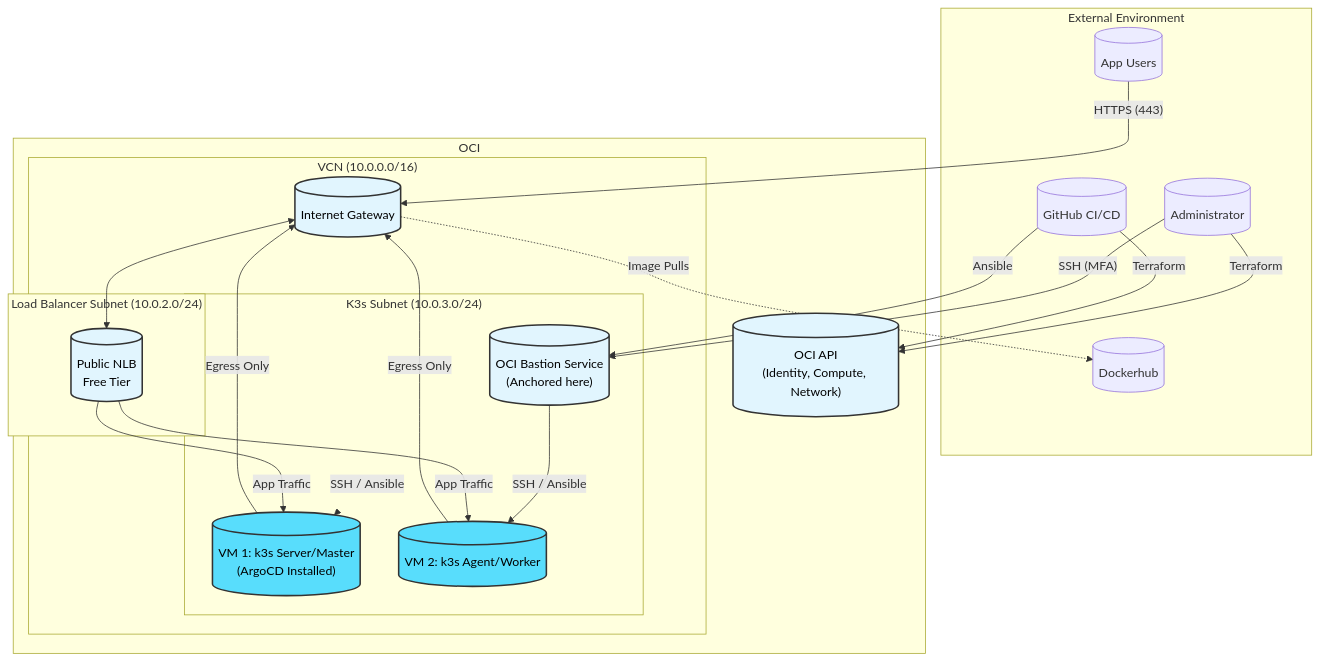
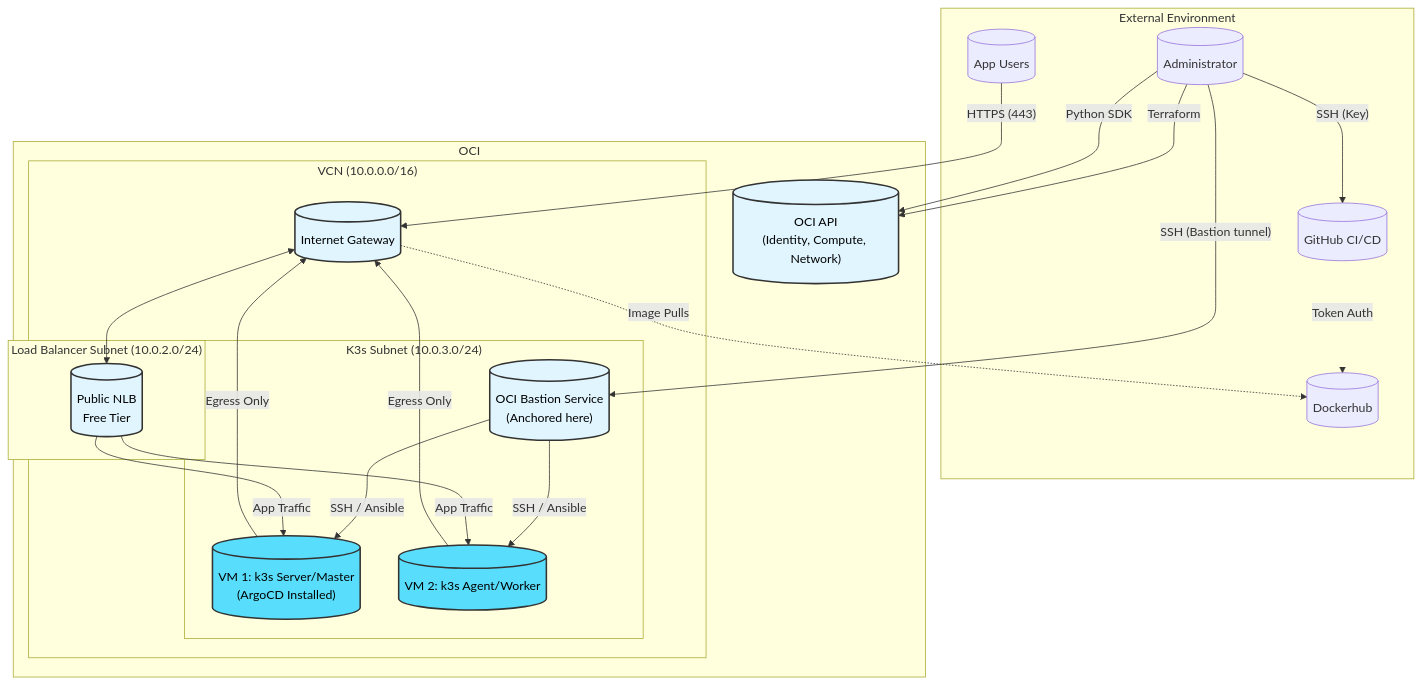
Before and after one commit to VilleJuhan1/Fullstack-websovelluskehitys-osa14-projekti: the diagram in Infrastructure/readme.md, drawn with Mermaid. The commit also changed other lines of this file, not shown here.

````diff
--- a/Infrastructure/readme.md
+++ b/Infrastructure/readme.md
@@ -9,73 +9,74 @@
 ```mermaid
 %%{init: {
   "flowchart": {
     "ranksep": 80,
     "nodesep": 100,
     "curve": "basis"
   }
 }}%%
 graph TD
     %% 1. External Environment (Top)
     subgraph "External Environment"
         Users[("App Users")]
         CI[("GitHub CI/CD")]
         Admin[("Administrator")]
         Dockerhub[("Dockerhub")]
     end
 
     %% 2. OCI Tenancy Hierarchy
     subgraph "OCI"
         OCI-API[("OCI API<br/>(Identity, Compute, Network)")]
         
         subgraph "VCN (10.0.0.0/16)"
             IGW[("Internet Gateway")]
 
             subgraph "Load Balancer Subnet (10.0.2.0/24)"
                 LB[("Public NLB<br/>Free Tier")]
             end
 
             subgraph "K3s Subnet (10.0.3.0/24)"
                 Bastion[("OCI Bastion Service<br/>(Anchored here)")]
                 MasterVM[("VM 1: k3s Server/Master<br/>(ArgoCD Installed)")]
                 AgentVM1[("VM 2: k3s Agent/Worker")]
             end        
         end
     end
 
     %% 3. Force Vertical Stacking (Invisible Link)
     OCI-API
 
     %% 4. Connections (Flowing Downward)
     
     %% Management & Deployment
     Admin -- "Terraform" --> OCI-API
-    Admin -- "SSH (MFA)" --> Bastion
-    CI -- "Terraform" --> OCI-API
-    CI -- "Ansible" --> Bastion
+    Admin -- "SSH (Bastion tunnel)" --> Bastion
+    Admin -- "SSH (Key)" --> CI
+    Admin -- "Python SDK" --> OCI-API
+    CI -- "Token Auth" --> Dockerhub
     
     %% Bastion Tunnels
     Bastion -- "SSH / Ansible" --> MasterVM
     Bastion -- "SSH / Ansible" --> AgentVM1
     
     %% Application Traffic
     Users -- "HTTPS (443)" --> IGW
     IGW <--> LB
     LB -- "App Traffic" --> MasterVM
     LB -- "App Traffic" --> AgentVM1
 
     %% Egress & Images
     MasterVM -- "Egress Only" --> IGW
     AgentVM1 -- "Egress Only" --> IGW
     IGW -. "Image Pulls" .-> Dockerhub
 
     %% Styling
     classDef public fill:#e1f5fe,stroke:#333,stroke-width:2px,color:#000000;
     classDef private fill:#e8f5e9,stroke:#333,stroke-width:2px,color:#000000;
     classDef vm fill:#58DDFC,stroke:#333,stroke-width:2px,color:#000000;
     
     class LB,Bastion,OCI-API,IGW public;
     class MasterVM,AgentVM1 vm;
     
     %% Hide the layout-enforcement link
     linkStyle 4 stroke-width:0px;
 ```
````
